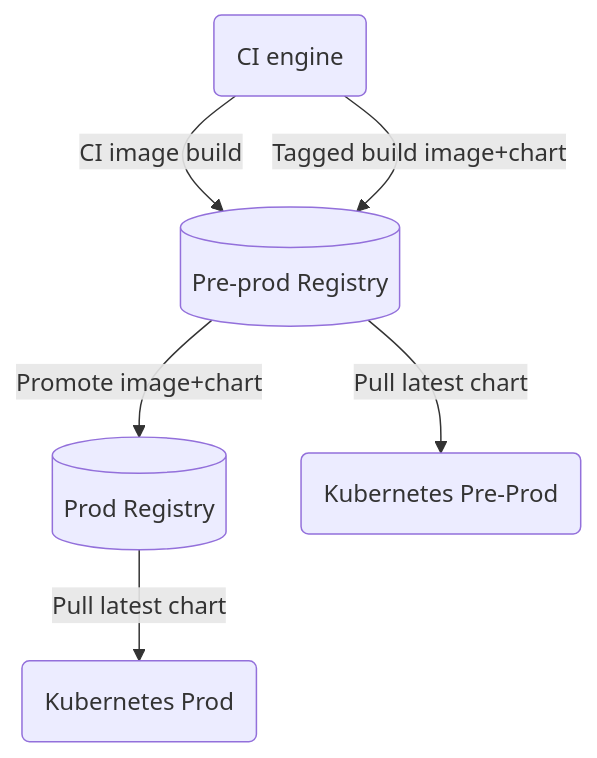
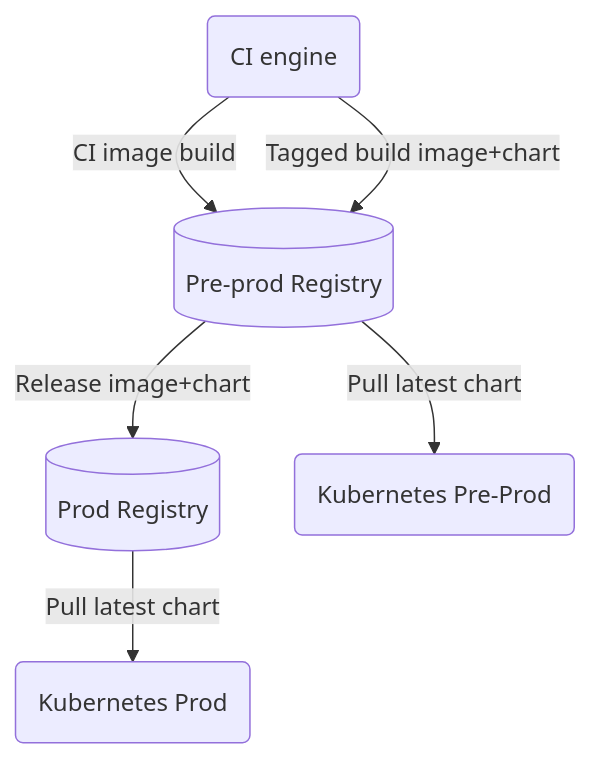
One commit to myspotontheweb/argocd-springboot-demo1 changed the diagram in README.md. Above: the diagram before and after it, drawn with Mermaid.

````diff
--- a/README.md
+++ b/README.md
@@ -49,8 +49,8 @@
 ```mermaid
 flowchart 
     ci(CI engine) --> | CI image build |reg1[(Pre-prod Registry)]
     ci --> |Tagged build image+chart| reg1
-    reg1 --> |Promote image+chart| reg2[(Prod Registry)]
+    reg1 --> |Release image+chart| reg2[(Prod Registry)]
     reg1 --> |Pull latest chart| k8spprod(Kubernetes Pre-Prod)
     reg2 --> |Pull latest chart| k8sprod(Kubernetes Prod)
 ```
````
